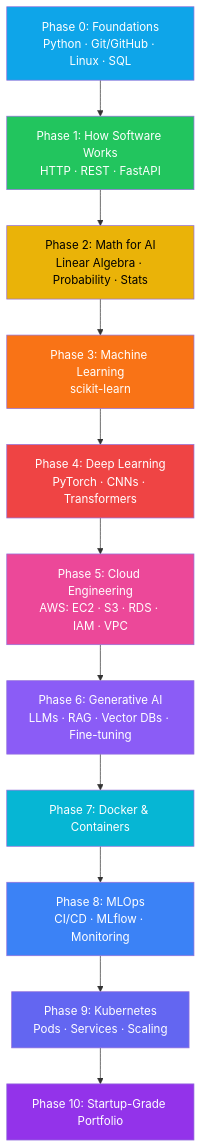
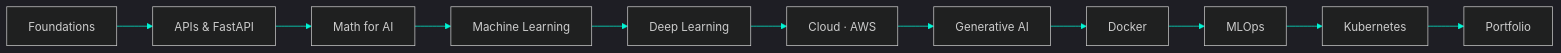
The diagram in README.md (pallasahitya/pallasahitya), drawn with Mermaid before and after one commit. The commit also changed other lines of this file, not shown here.

````diff
--- a/README.md
+++ b/README.md
@@ -153,25 +197,14 @@
 ```mermaid
-graph TD
-    P0[Phase 0: Foundations<br/>Python · Git/GitHub · Linux · SQL] --> P1[Phase 1: How Software Works<br/>HTTP · REST · FastAPI]
-    P1 --> P2[Phase 2: Math for AI<br/>Linear Algebra · Probability · Stats]
-    P2 --> P3[Phase 3: Machine Learning<br/>scikit-learn]
-    P3 --> P4[Phase 4: Deep Learning<br/>PyTorch · CNNs · Transformers]
-    P4 --> P5[Phase 5: Cloud Engineering<br/>AWS: EC2 · S3 · RDS · IAM · VPC]
-    P5 --> P6[Phase 6: Generative AI<br/>LLMs · RAG · Vector DBs · Fine-tuning]
-    P6 --> P7[Phase 7: Docker & Containers]
-    P7 --> P8[Phase 8: MLOps<br/>CI/CD · MLflow · Monitoring]
-    P8 --> P9[Phase 9: Kubernetes<br/>Pods · Services · Scaling]
-    P9 --> P10[Phase 10: Startup-Grade Portfolio]
-
-    style P0 fill:#0EA5E9,color:#fff
-    style P1 fill:#22C55E,color:#fff
-    style P2 fill:#EAB308,color:#000
-    style P3 fill:#F97316,color:#fff
-    style P4 fill:#EF4444,color:#fff
-    style P5 fill:#EC4899,color:#fff
-    style P6 fill:#8B5CF6,color:#fff
-    style P7 fill:#06B6D4,color:#fff
-    style P8 fill:#3B82F6,color:#fff
-    style P9 fill:#6366F1,color:#fff
-    style P10 fill:#9333EA,color:#fff
+%%{init: {'theme':'dark', 'themeVariables': { 'primaryColor':'#0F0C29','primaryTextColor':'#00F5D4','lineColor':'#00F5D4','secondaryColor':'#302B63','tertiaryColor':'#24243e'}}}%%
+graph LR
+    P0[Foundations] --> P1[APIs & FastAPI]
+    P1 --> P2[Math for AI]
+    P2 --> P3[Machine Learning]
+    P3 --> P4[Deep Learning]
+    P4 --> P5[Cloud · AWS]
+    P5 --> P6[Generative AI]
+    P6 --> P7[Docker]
+    P7 --> P8[MLOps]
+    P8 --> P9[Kubernetes]
+    P9 --> P10[Portfolio]
 ```
````
